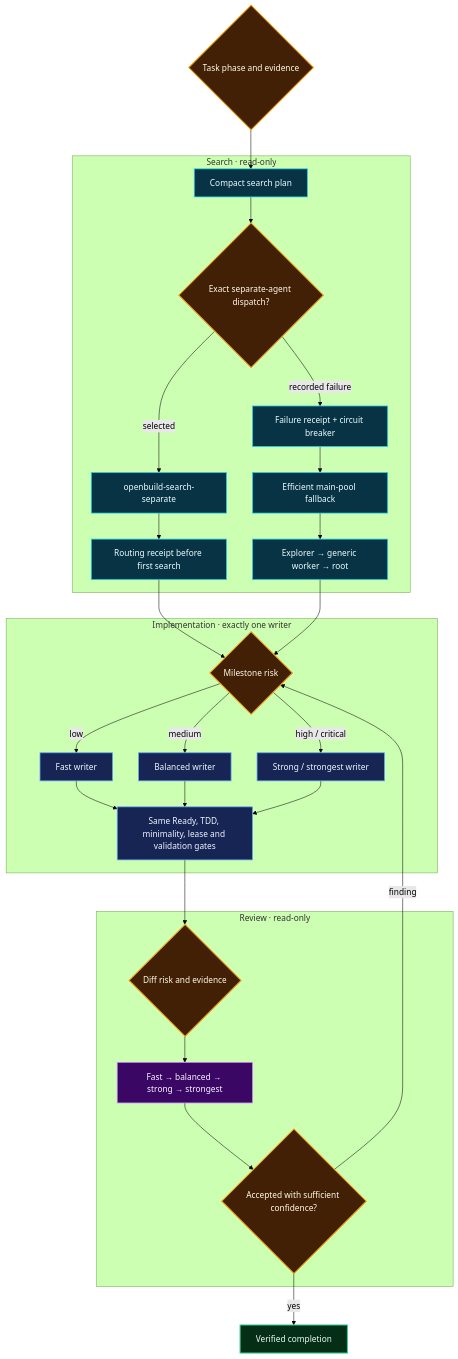
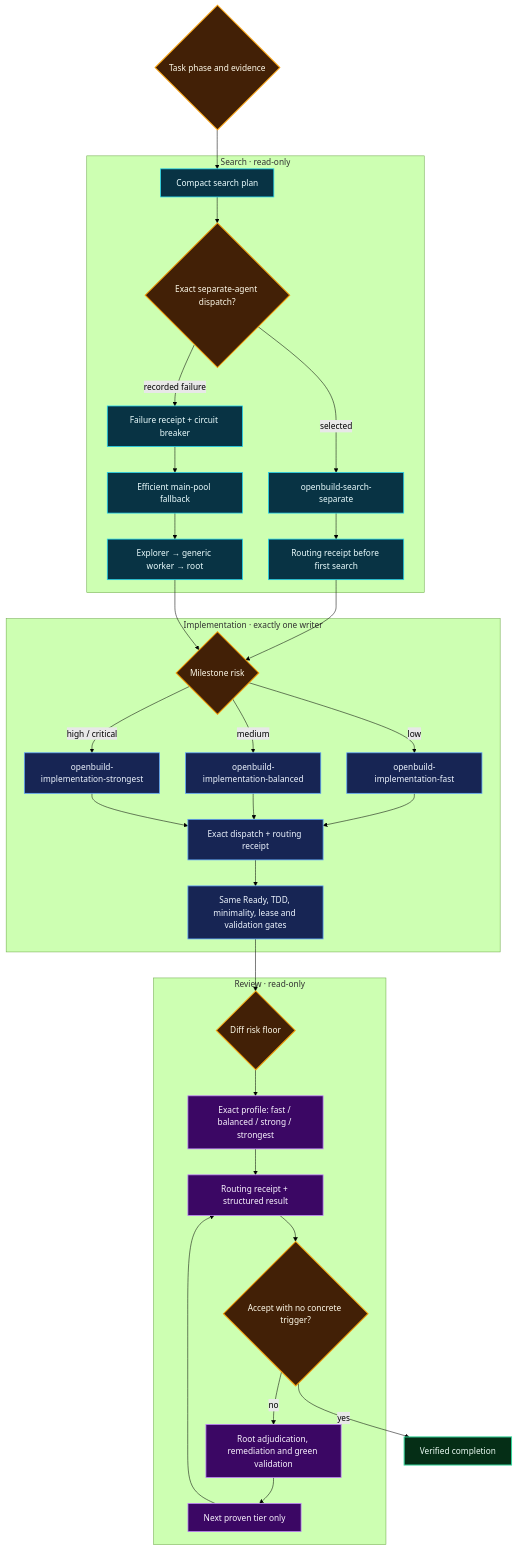
The second of 3 diagrams in README.md (GeorgVahi/OpenBuild), drawn with Mermaid (forest theme) before and after one commit. The commit also changed other lines of this file and 12 other files, not shown here.

Commit message:
Enforce exact task model dispatch

````diff
--- a/README.md
+++ b/README.md
@@ -262,46 +262,50 @@
 ```mermaid
 flowchart TB
     R{"Task phase and evidence"}
 
     subgraph SEARCH["Search · read-only"]
         S0["Compact search plan"] --> S1{"Exact separate-agent dispatch?"}
         S1 -->|selected| S2["openbuild-search-separate"]
         S1 -->|recorded failure| S5["Failure receipt + circuit breaker"]
         S5 --> S3["Efficient main-pool fallback"]
         S3 --> S4["Explorer → generic worker → root"]
         S2 --> S6["Routing receipt before first search"]
     end
 
     subgraph WRITE["Implementation · exactly one writer"]
         W0{"Milestone risk"}
-        W0 -->|low| W1["Fast writer"]
-        W0 -->|medium| W2["Balanced writer"]
-        W0 -->|high / critical| W3["Strong / strongest writer"]
-        W1 --> W4["Same Ready, TDD, minimality, lease and validation gates"]
+        W0 -->|low| W1["openbuild-implementation-fast"]
+        W0 -->|medium| W2["openbuild-implementation-balanced"]
+        W0 -->|high / critical| W3["openbuild-implementation-strongest"]
+        W1 --> W4["Exact dispatch + routing receipt"]
         W2 --> W4
         W3 --> W4
+        W4 --> W5["Same Ready, TDD, minimality, lease and validation gates"]
     end
 
     subgraph REVIEW["Review · read-only"]
-        V0{"Diff risk and evidence"} --> V1["Fast → balanced → strong → strongest"]
-        V1 --> V2{"Accepted with sufficient confidence?"}
+        V0{"Diff risk floor"} --> V1["Exact profile: fast / balanced / strong / strongest"]
+        V1 --> V2["Routing receipt + structured result"]
+        V2 --> V3{"Accept with no concrete trigger?"}
+        V3 -->|no| V4["Root adjudication, remediation and green validation"]
+        V4 --> V5["Next proven tier only"]
+        V5 --> V2
     end
 
     R --> S0
     S6 --> W0
     S4 --> W0
-    W4 --> V0
-    V2 -->|finding| W0
-    V2 -->|yes| Z["Verified completion"]
+    W5 --> V0
+    V3 -->|yes| Z["Verified completion"]
 
     classDef decision fill:#422006,color:#fffbeb,stroke:#f59e0b,stroke-width:2px;
     classDef search fill:#083344,color:#ecfeff,stroke:#22d3ee,stroke-width:1.5px;
     classDef write fill:#172554,color:#eff6ff,stroke:#60a5fa,stroke-width:1.5px;
     classDef review fill:#3b0764,color:#faf5ff,stroke:#c084fc,stroke-width:1.5px;
     classDef done fill:#052e16,color:#ecfdf5,stroke:#34d399,stroke-width:2px;
-    class R,S1,W0,V0,V2 decision;
+    class R,S1,W0,V0,V3 decision;
     class S0,S2,S3,S4,S5,S6 search;
-    class W1,W2,W3,W4 write;
-    class V1 review;
+    class W1,W2,W3,W4,W5 write;
+    class V1,V2,V4,V5 review;
     class Z done;
 ```
````
